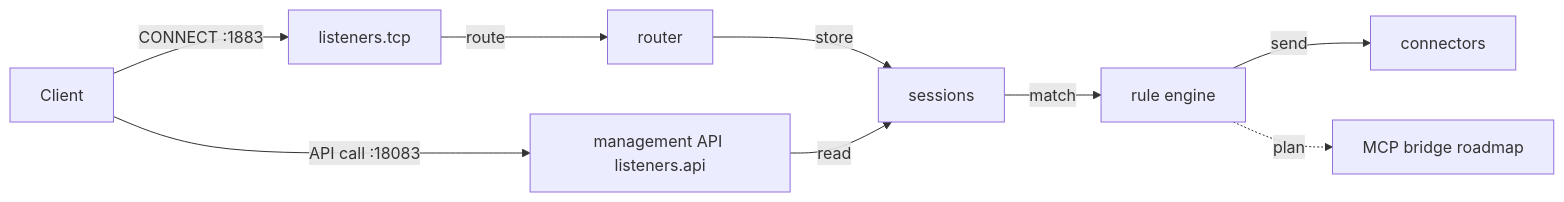
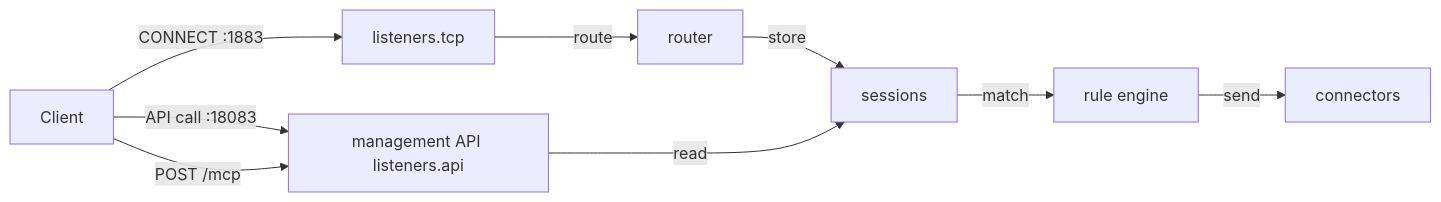
Before and after one commit to Indus-Stack/indramqtt: the diagram in docs/index.md, drawn with Mermaid. The commit also changed other lines of this file and 7 other files, not shown here.

````diff
--- a/docs/index.md
+++ b/docs/index.md
@@ -16,11 +16,11 @@
 ```mermaid
 flowchart LR
     Client -- "CONNECT :1883" --> TCP["listeners.tcp"]
     Client -- "API call :18083" --> API["management API listeners.api"]
     TCP -- "route" --> Router["router"]
     Router -- "store" --> Session["sessions"]
     Session -- "match" --> Engine["rule engine"]
     Engine -- "send" --> Conn["connectors"]
     API -- "read" --> Session
-    Engine -. "plan" .-> MCP["MCP bridge roadmap"]
+    Client -- "POST /mcp" --> API
 ```
````
